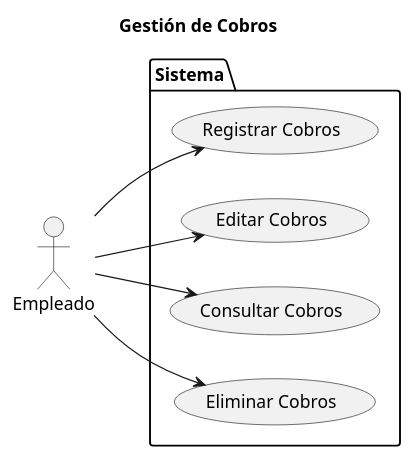
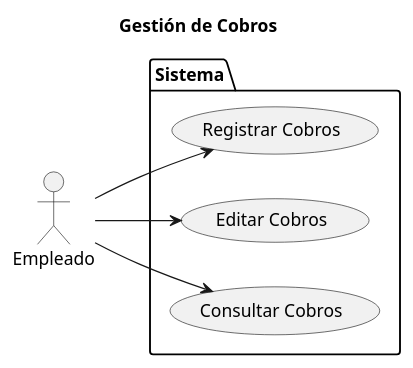
One commit to marcelolezcanodev/GarageGuru changed the diagram in Diagramas/caso_de_uso_Cobros.plantuml. Above: the diagram before and after it, drawn with PlantUML. The commit also changed 11 other files, not shown here.

```diff
--- a/Diagramas/caso_de_uso_Cobros.plantuml
+++ b/Diagramas/caso_de_uso_Cobros.plantuml
@@ -1,23 +1,23 @@
 @startuml CU_Cobros
 
 left to right direction
 
 title Gestión de Cobros
 
 actor Empleado as User
 
 package Sistema {
 
     USECASE "Registrar Cobros" as UC_Registrar
     USECASE "Editar Cobros" as UC_Editar
     USECASE "Consultar Cobros" as UC_Consultar
-    USECASE "Eliminar Cobros" as UC_Eliminar
+    'USECASE "Eliminar Cobros" as UC_Eliminar
 
 }
 
 User --> UC_Registrar
 User --> UC_Editar
 User --> UC_Consultar
-User --> UC_Eliminar
+'User --> UC_Eliminar
 
 @enduml
```
